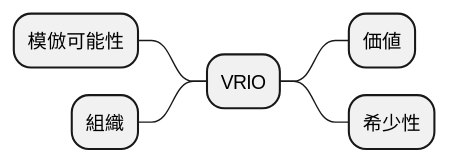
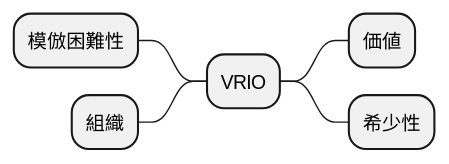
One commit to k2works/case-sutudy-business-analysis changed the fourth of 16 diagrams in docs/case/r0X_case_X.adoc. Above: the diagram before and after it, drawn with PlantUML. The commit also changed 1 other file, not shown here.

Commit message:
docs:R04 事例1

```diff
--- a/docs/case/r0X_case_X.adoc
+++ b/docs/case/r0X_case_X.adoc
@@ -83,13 +83,13 @@
 [plantuml]
 ----
 @startmindmap
 
 * VRIO
 ** 価値
 ** 希少性
 left side
-** 模倣可能性
+** 模倣困難性
 ** 組織
 
 @endmindmap
 ----
```
